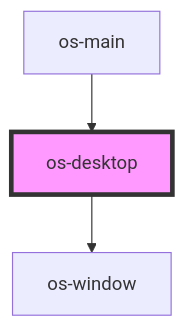
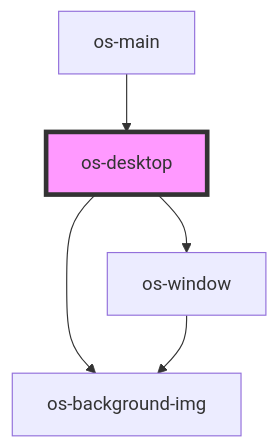
The diagram in src/components/os-desktop/readme.md (neko-chilyann/qx-os), drawn with Mermaid before and after one commit. The commit also changed other lines of this file and 18 other files, not shown here.

````diff
--- a/src/components/os-desktop/readme.md
+++ b/src/components/os-desktop/readme.md
@@ -19,6 +20,8 @@
 ```mermaid
 graph TD;
+  os-desktop --> os-background-img
   os-desktop --> os-window
+  os-window --> os-background-img
   os-main --> os-desktop
   style os-desktop fill:#f9f,stroke:#333,stroke-width:4px
 ```
````
